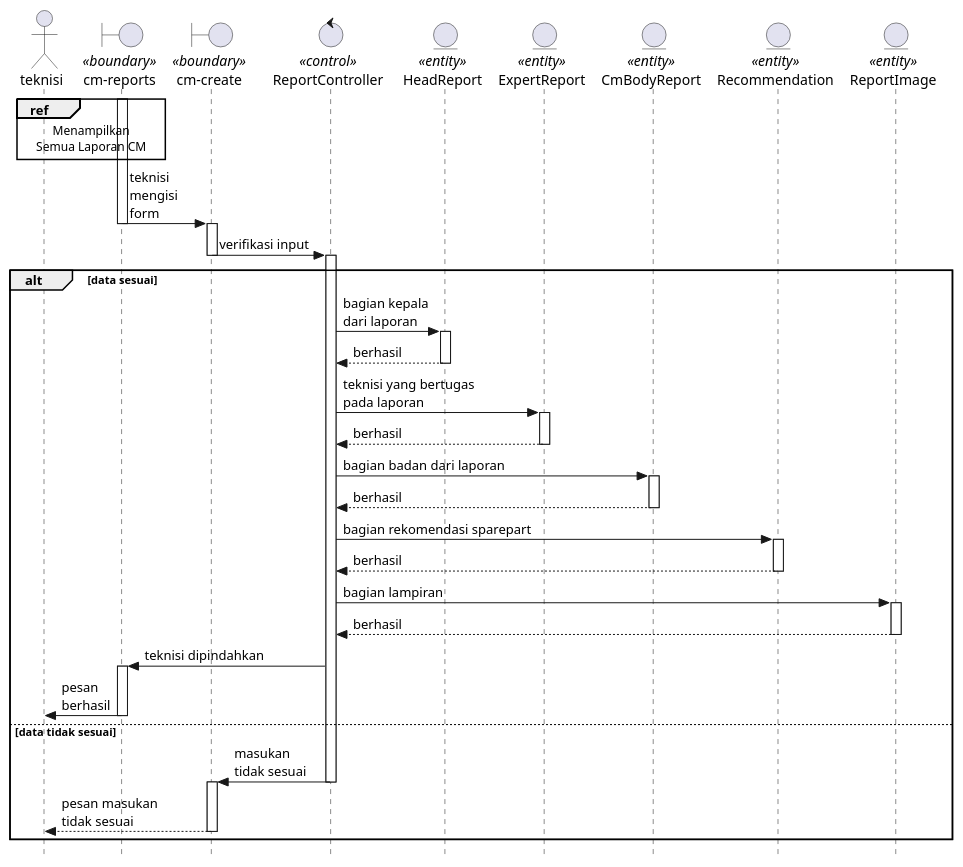
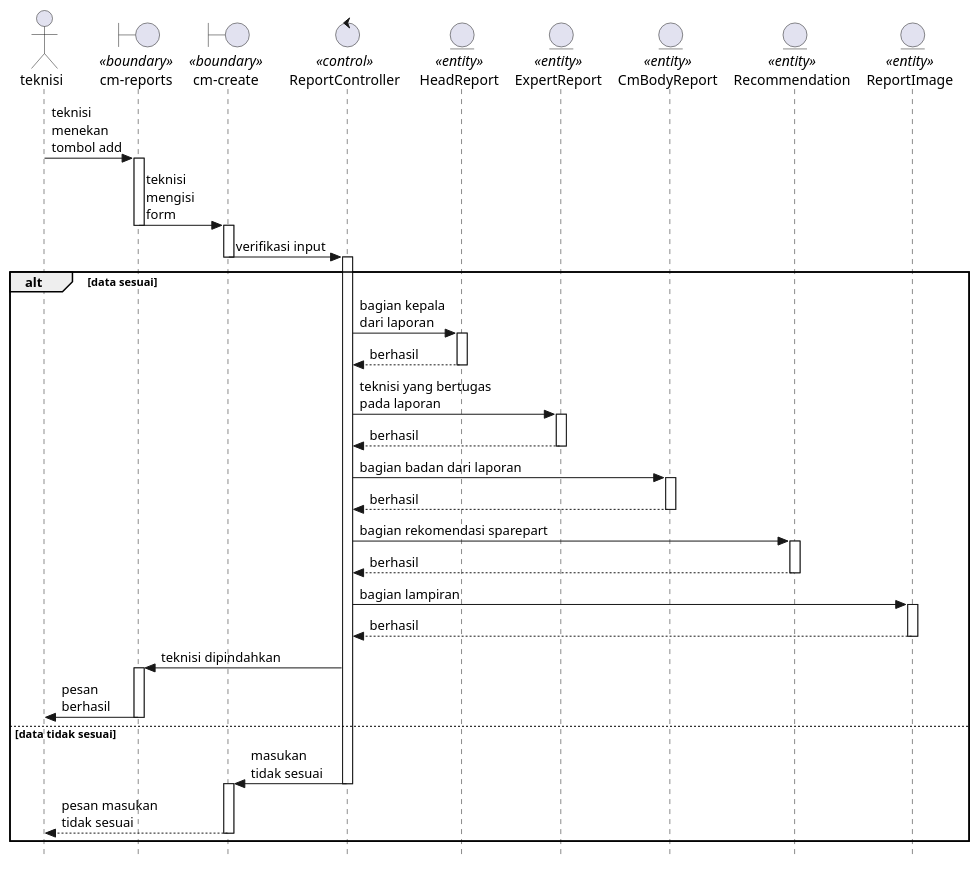
The first of 4 diagrams in Docs/diagrams/sequence/CmReport.plantuml (KPL-slur/eec-sifse-fixed), drawn with PlantUML before and after one commit. The commit also changed other lines of this file and 19 other files, not shown here.

```diff
--- a/Docs/diagrams/sequence/CmReport.plantuml
+++ b/Docs/diagrams/sequence/CmReport.plantuml
@@ -1,55 +1,54 @@
 @startuml createCM
 
 skinparam style strictuml
 
 actor teknisi
 boundary "cm-reports" as cm <<boundary>>
 boundary "cm-create" as cmCreate <<boundary>>
 control ReportController <<control>>
 entity HeadReport <<entity>>
 entity ExpertReport <<entity>>
 entity CmBodyReport <<entity>>
 entity Recommendation <<entity>>
 entity ReportImage <<entity>>
 
-ref over teknisi, cm : Menampilkan\nSemua Laporan CM
-
-activate cm
+teknisi -> cm : teknisi\nmenekan\ntombol add 
+    activate cm
 cm -> cmCreate : teknisi\nmengisi\nform
     deactivate cm
     activate cmCreate
 cmCreate -> ReportController : verifikasi input
     deactivate cmCreate
     activate ReportController
 
 alt data sesuai
     ReportController -> HeadReport : bagian kepala\ndari laporan
         activate HeadReport
         return berhasil
     ReportController -> ExpertReport : teknisi yang bertugas\npada laporan
         activate ExpertReport
         return berhasil
     ReportController -> CmBodyReport : bagian badan dari laporan
         activate CmBodyReport
         return berhasil
     ReportController -> Recommendation : bagian rekomendasi sparepart
         activate Recommendation
         return berhasil
     ReportController -> ReportImage : bagian lampiran
         activate ReportImage
         return berhasil
     ReportController -> cm : teknisi dipindahkan
         activate cm
     cm -> teknisi : pesan\nberhasil
         deactivate cm
     
 else data tidak sesuai
     ReportController -> cmCreate : masukan\ntidak sesuai
         deactivate ReportController
         activate cmCreate
     cmCreate --> teknisi : pesan masukan\ntidak sesuai
         deactivate cmCreate
 
 end
 
 @enduml
```
